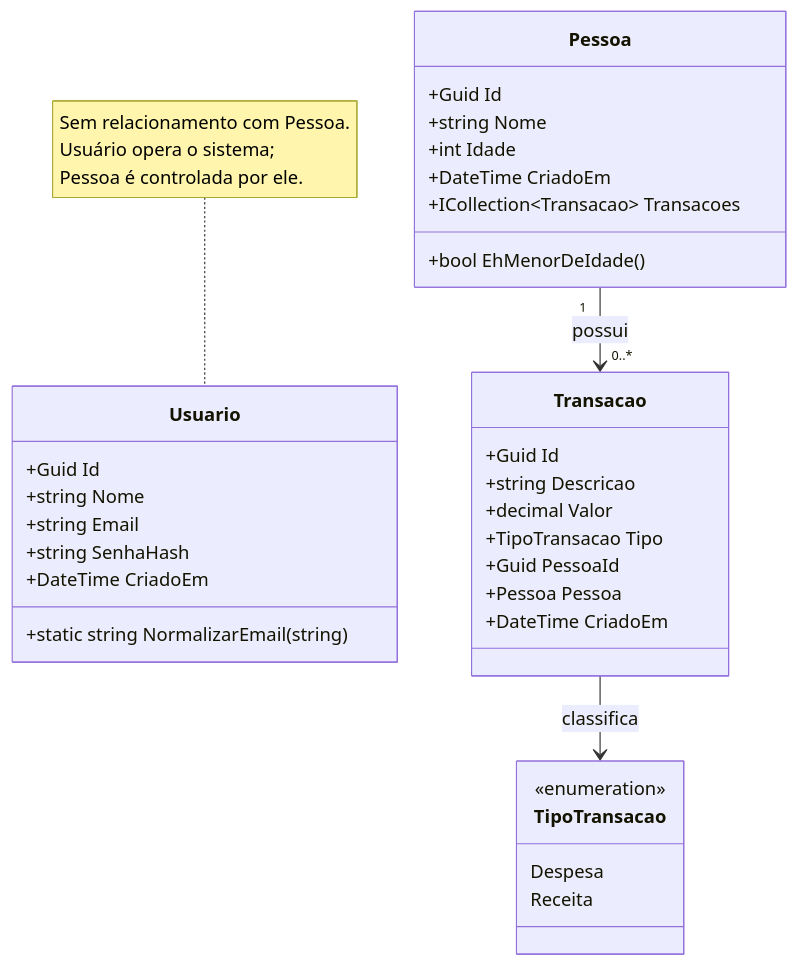
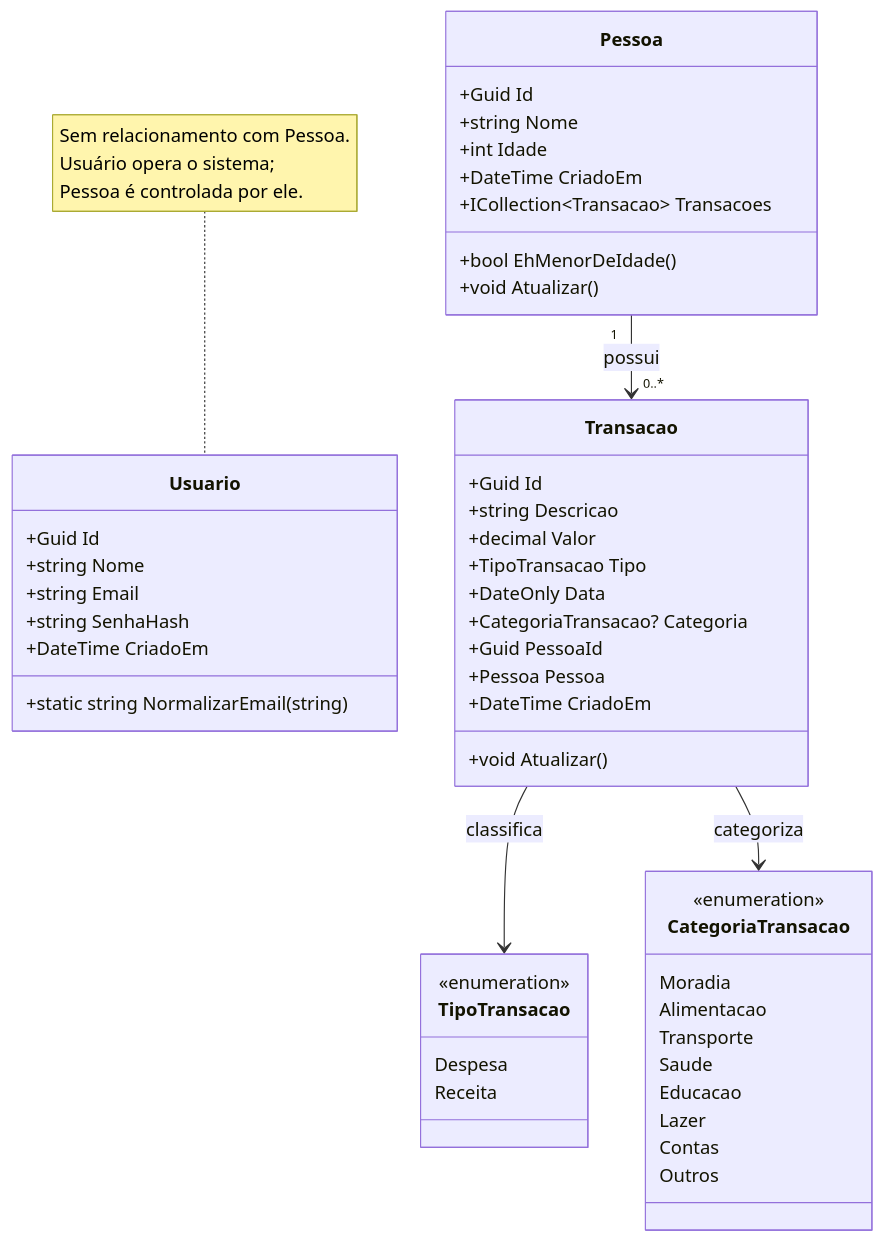
Before and after one commit to mateusnriy/domus-finance: the diagram in docs/03-diagrama-de-classes.md, drawn with Mermaid. The commit also changed other lines of this file and 5 other files, not shown here.

````diff
--- a/docs/03-diagrama-de-classes.md
+++ b/docs/03-diagrama-de-classes.md
@@ -5,41 +5,58 @@
 ```mermaid
 classDiagram
     class Usuario {
         +Guid Id
         +string Nome
         +string Email
         +string SenhaHash
         +DateTime CriadoEm
         +static string NormalizarEmail(string)
     }
 
     class Pessoa {
         +Guid Id
         +string Nome
         +int Idade
         +DateTime CriadoEm
         +ICollection~Transacao~ Transacoes
         +bool EhMenorDeIdade()
+        +void Atualizar()
     }
 
     class Transacao {
         +Guid Id
         +string Descricao
         +decimal Valor
         +TipoTransacao Tipo
+        +DateOnly Data
+        +CategoriaTransacao? Categoria
         +Guid PessoaId
         +Pessoa Pessoa
         +DateTime CriadoEm
+        +void Atualizar()
     }
 
     class TipoTransacao {
         <<enumeration>>
         Despesa
         Receita
     }
 
+    class CategoriaTransacao {
+        <<enumeration>>
+        Moradia
+        Alimentacao
+        Transporte
+        Saude
+        Educacao
+        Lazer
+        Contas
+        Outros
+    }
+
     Pessoa "1" --> "0..*" Transacao : possui
     Transacao --> TipoTransacao : classifica
+    Transacao --> CategoriaTransacao : categoriza
 
     note for Usuario "Sem relacionamento com Pessoa.<br/>Usuário opera o sistema;<br/>Pessoa é controlada por ele."
 ```
````
